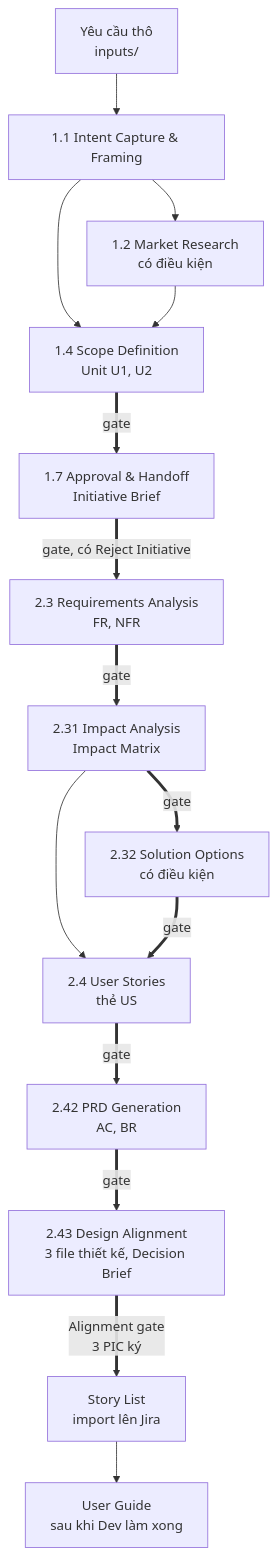
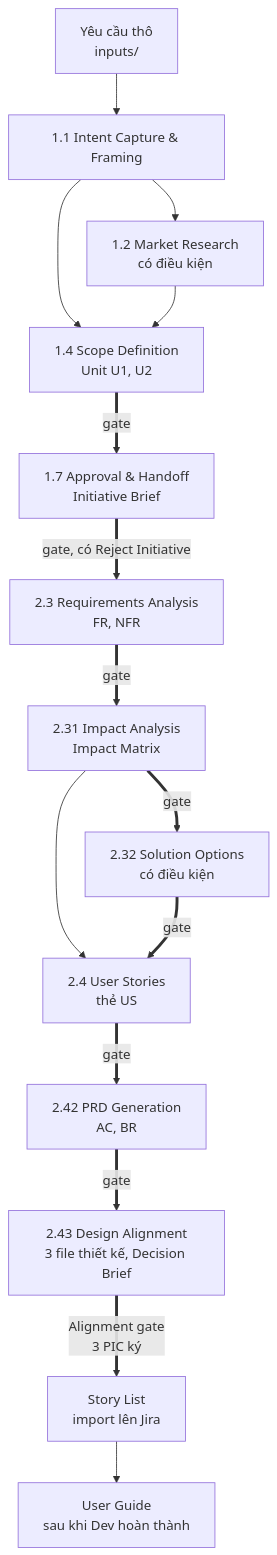
Before and after one commit to buidhui/po_workflow: the first of 2 diagrams in README.md, drawn with Mermaid. The commit also changed other lines of this file and 20 other files, not shown here.

Commit message:
Viết lại README, USER-GUIDE, DOMAIN-SETUP theo văn viết; đổi thuật ngữ điều kiện sẵn sàng

````diff
--- a/README.md
+++ b/README.md
@@ -153,17 +151,17 @@
 ```mermaid
 flowchart TD
     IN["Yêu cầu thô<br/>inputs/"] --> S11["1.1 Intent Capture & Framing"]
     S11 --> S12["1.2 Market Research<br/>có điều kiện"]
     S11 --> S14["1.4 Scope Definition<br/>Unit U1, U2"]
     S12 --> S14
     S14 ==>|"gate"| S17["1.7 Approval & Handoff<br/>Initiative Brief"]
     S17 ==>|"gate, có Reject Initiative"| S23["2.3 Requirements Analysis<br/>FR, NFR"]
     S23 ==>|"gate"| S231["2.31 Impact Analysis<br/>Impact Matrix"]
     S231 ==>|"gate"| S232["2.32 Solution Options<br/>có điều kiện"]
     S231 --> S24
     S232 ==>|"gate"| S24["2.4 User Stories<br/>thẻ US"]
     S24 ==>|"gate"| S242["2.42 PRD Generation<br/>AC, BR"]
     S242 ==>|"gate"| S243["2.43 Design Alignment<br/>3 file thiết kế, Decision Brief"]
     S243 ==>|"Alignment gate<br/>3 PIC ký"| ST["Story List<br/>import lên Jira"]
-    ST --> UG["User Guide<br/>sau khi Dev làm xong"]
+    ST --> UG["User Guide<br/>sau khi Dev hoàn thành"]
 ```
````
